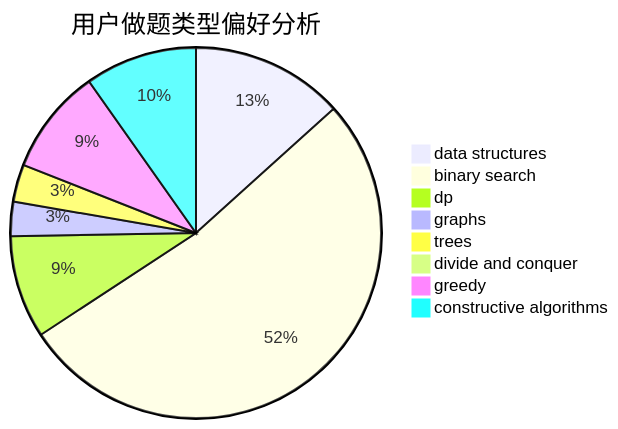
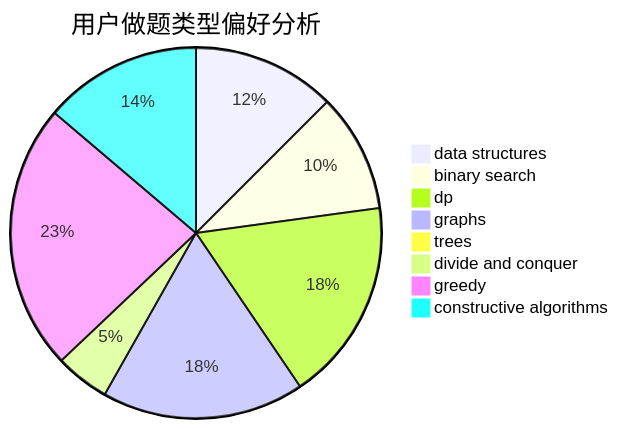
Before and after one commit to sherpahu/cfrs.github.io: the second of 3 diagrams in docs/user/u2319.md, drawn with Mermaid. The commit also changed other lines of this file and 2770 other files, not shown here.

````diff
--- a/docs/user/u2319.md
+++ b/docs/user/u2319.md
@@ -23,11 +23,11 @@
 ```mermaid
 pie title 用户做题类型偏好分析
-    "data structures" :  49
-    "binary search" :  193
-    "dp" :  33
-    "graphs" :  11
-    "trees" :  12
-    "divide and conquer" :  0
-    "greedy" :  34
-    "constructive algorithms" :  36
+    "data structures" :  29
+    "binary search" :  24
+    "dp" :  41
+    "graphs" :  41
+    "trees" :  2
+    "divide and conquer" :  11
+    "greedy" :  54
+    "constructive algorithms" :  32
 ```
````
